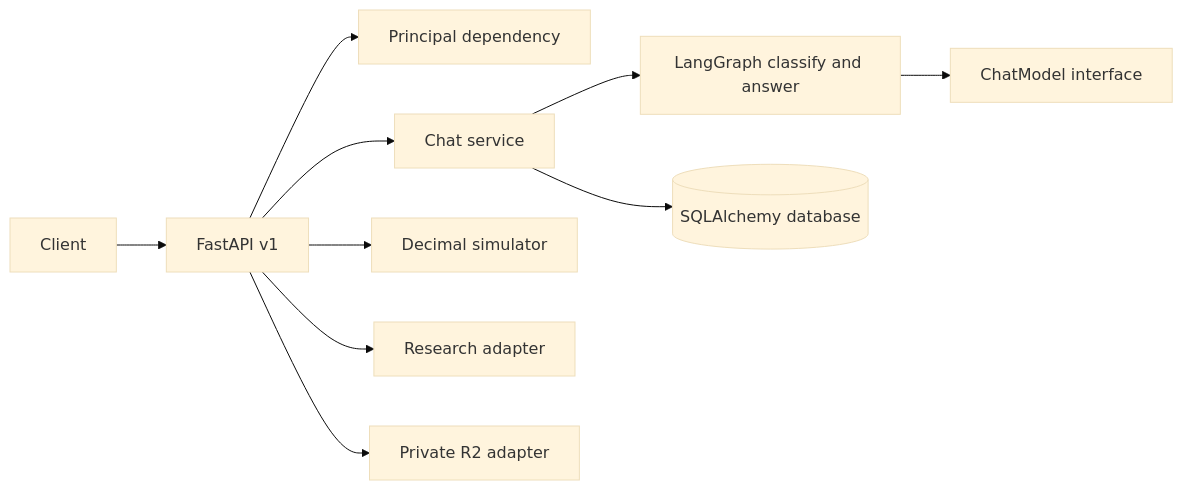
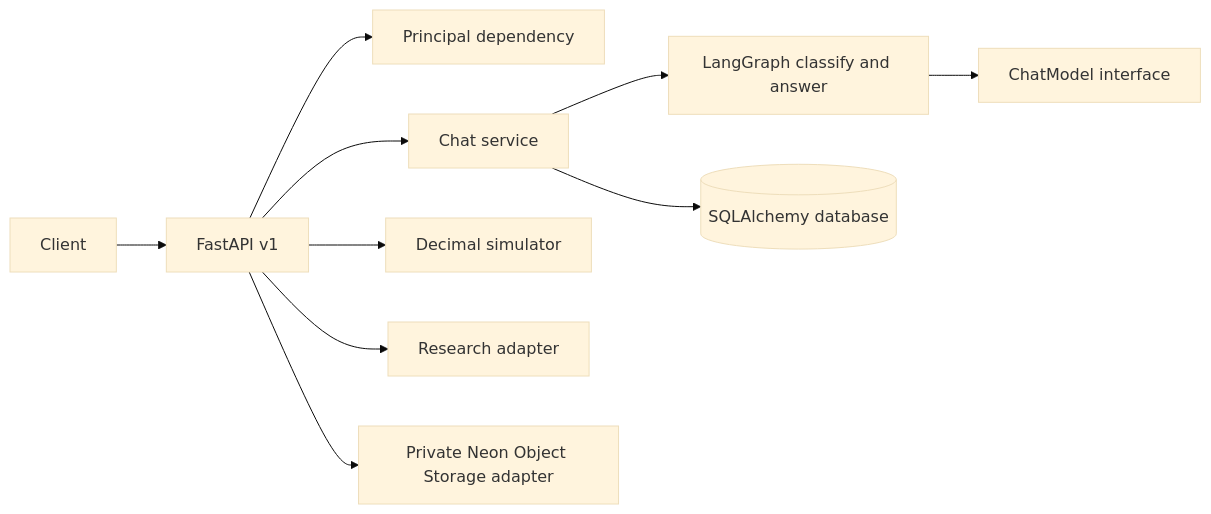
The diagram in docs/architecture.md (ChinmayBansal010/LifeSandbox), drawn with Mermaid (base theme) before and after one commit. The commit also changed other lines of this file and 20 other files, not shown here.

````diff
--- a/docs/architecture.md
+++ b/docs/architecture.md
@@ -7,12 +7,12 @@
 ```mermaid
 flowchart LR
   Client --> API[FastAPI v1]
   API --> Auth[Principal dependency]
   API --> Service[Chat service]
   Service --> Graph[LangGraph classify and answer]
   Graph --> LLM[ChatModel interface]
   Service --> DB[(SQLAlchemy database)]
   API --> Sim[Decimal simulator]
   API --> Research[Research adapter]
-  API --> R2[Private R2 adapter]
+  API --> Storage[Private Neon Object Storage adapter]
 ```
````
